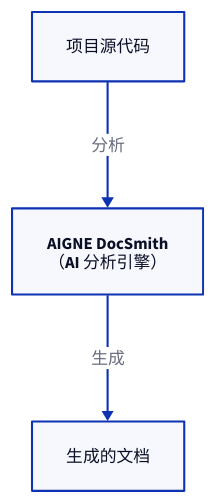
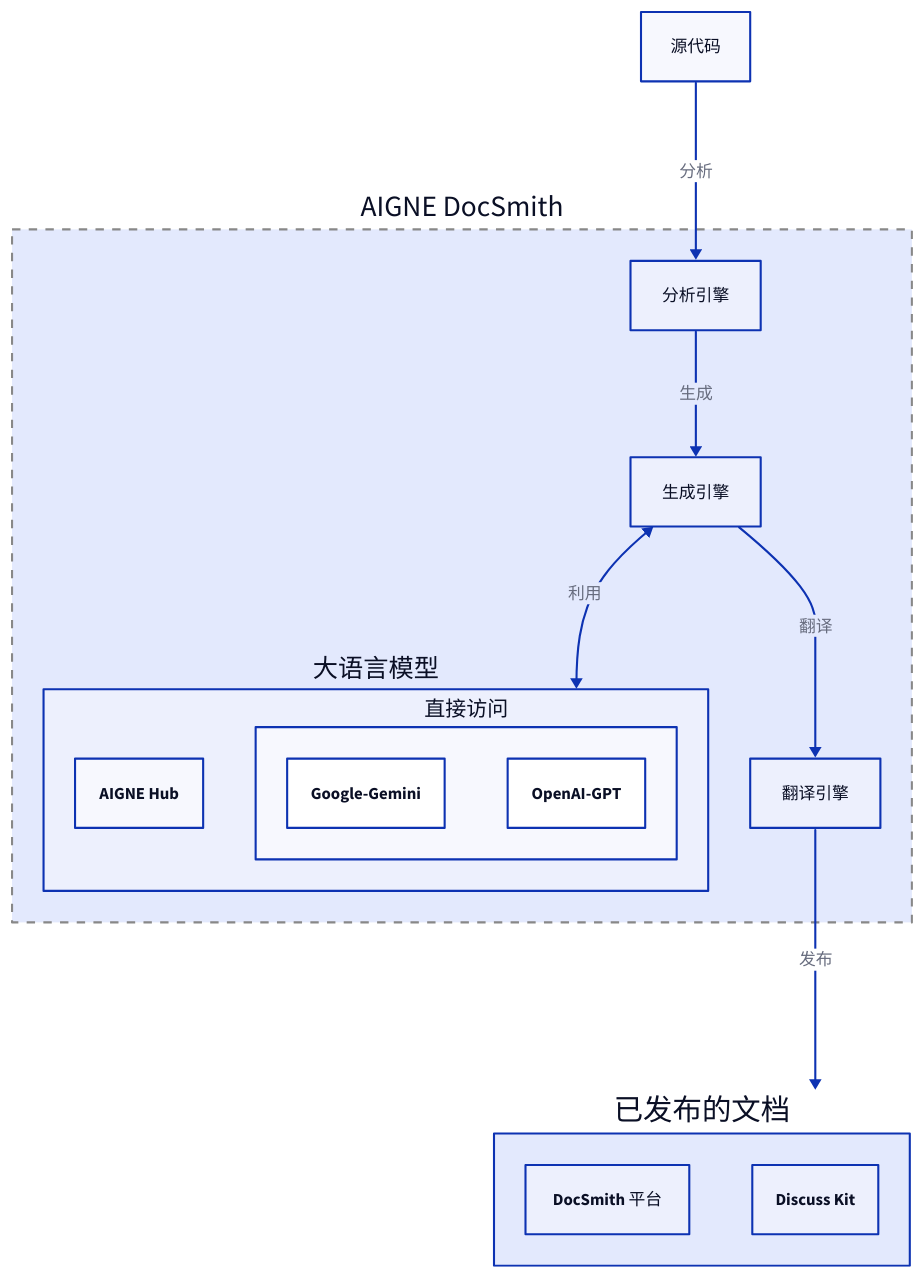
The diagram in docs/overview.zh.md (AIGNE-io/aigne-doc-smith), drawn with D2 before and after one commit. The commit also changed other lines of this file and 60 other files, not shown here.

````diff
--- a/docs/overview.zh.md
+++ b/docs/overview.zh.md
@@ -11,21 +13,69 @@
 ```d2
 direction: down
 
 Source-Code: {
-  label: "项目源代码"
+  label: "源代码"
   shape: rectangle
 }
 
-DocSmith: {
-  label: "AIGNE DocSmith\n（AI 分析引擎）"
+AIGNE-DocSmith: {
+  label: "AIGNE DocSmith"
   shape: rectangle
+  style: {
+    stroke: "#888"
+    stroke-width: 2
+    stroke-dash: 4
+  }
+
+  Analysis-Engine: {
+    label: "分析引擎"
+    shape: rectangle
+  }
+
+  Generation-Engine: {
+    label: "生成引擎"
+    shape: rectangle
+  }
+
+  Translation-Engine: {
+    label: "翻译引擎"
+    shape: rectangle
+  }
+
+  LLMs: {
+    label: "大语言模型"
+    shape: rectangle
+
+    AIGNE-Hub: {
+      label: "AIGNE Hub"
+    }
+
+    Direct-Access: {
+      label: "直接访问"
+      shape: rectangle
+      Google-Gemini: {}
+      OpenAI-GPT: {}
+    }
+  }
 }
 
-Docs: {
-  label: "生成的文档"
+Published-Documentation: {
+  label: "已发布的文档"
   shape: rectangle
+
+  DocSmith-Platform: {
+    label: "DocSmith 平台"
+  }
+
+  Discuss-Kit: {
+    label: "Discuss Kit"
+  }
 }
 
-Source-Code -> DocSmith: "分析"
-DocSmith -> Docs: "生成"
+Source-Code -> AIGNE-DocSmith.Analysis-Engine: "分析"
+AIGNE-DocSmith.Analysis-Engine -> AIGNE-DocSmith.Generation-Engine: "生成"
+AIGNE-DocSmith.Generation-Engine <-> AIGNE-DocSmith.LLMs: "利用"
+AIGNE-DocSmith.Generation-Engine -> AIGNE-DocSmith.Translation-Engine: "翻译"
+AIGNE-DocSmith.Translation-Engine -> Published-Documentation: "发布"
+
 ```
````
